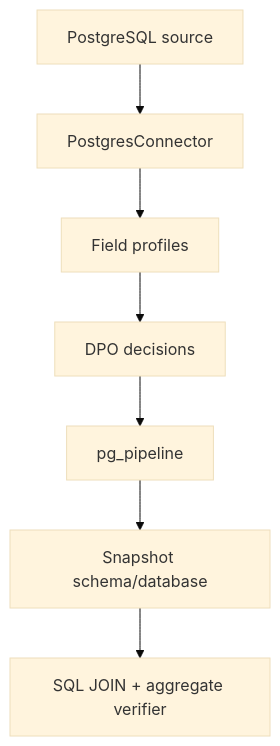
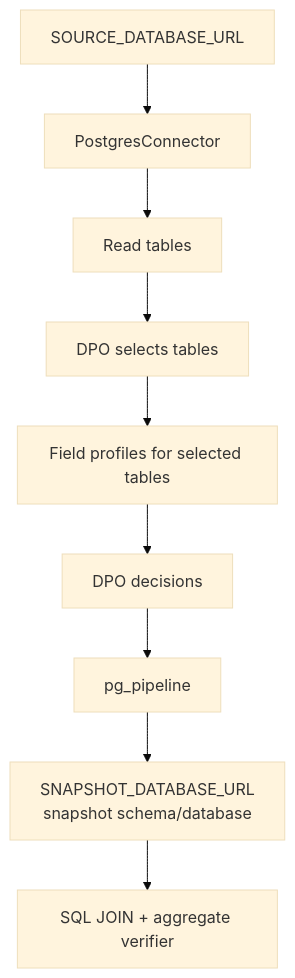
Before and after one commit to tlong1610/PII_Masking: the third of 5 diagrams in docs/architecture_diagram.md, drawn with Mermaid (base theme). The commit also changed other lines of this file and 15 other files, not shown here.

Commit message:
feat: add source scope selection and HMAC-locked field handling to PII review experience

````diff
--- a/docs/architecture_diagram.md
+++ b/docs/architecture_diagram.md
@@ -52,9 +59,11 @@
 ```mermaid
 flowchart TD
-    A[PostgreSQL source] --> B[PostgresConnector]
-    B --> C[Field profiles]
-    C --> D[DPO decisions]
-    D --> E[pg_pipeline]
-    E --> F[Snapshot schema/database]
-    F --> G[SQL JOIN + aggregate verifier]
+    A[SOURCE_DATABASE_URL] --> B[PostgresConnector]
+    B --> C[Read tables]
+    C --> D[DPO selects tables]
+    D --> E[Field profiles for selected tables]
+    E --> F[DPO decisions]
+    F --> G[pg_pipeline]
+    G --> H[SNAPSHOT_DATABASE_URL<br/>snapshot schema/database]
+    H --> I[SQL JOIN + aggregate verifier]
 ```
````
